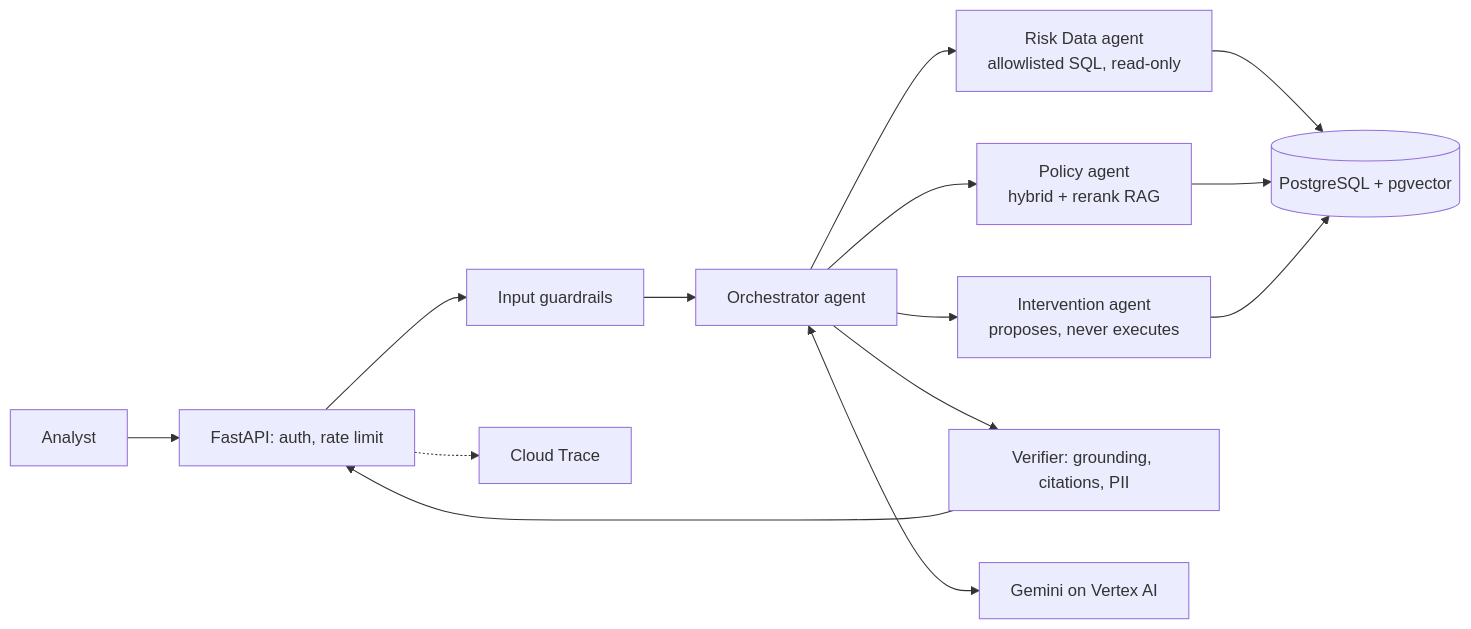
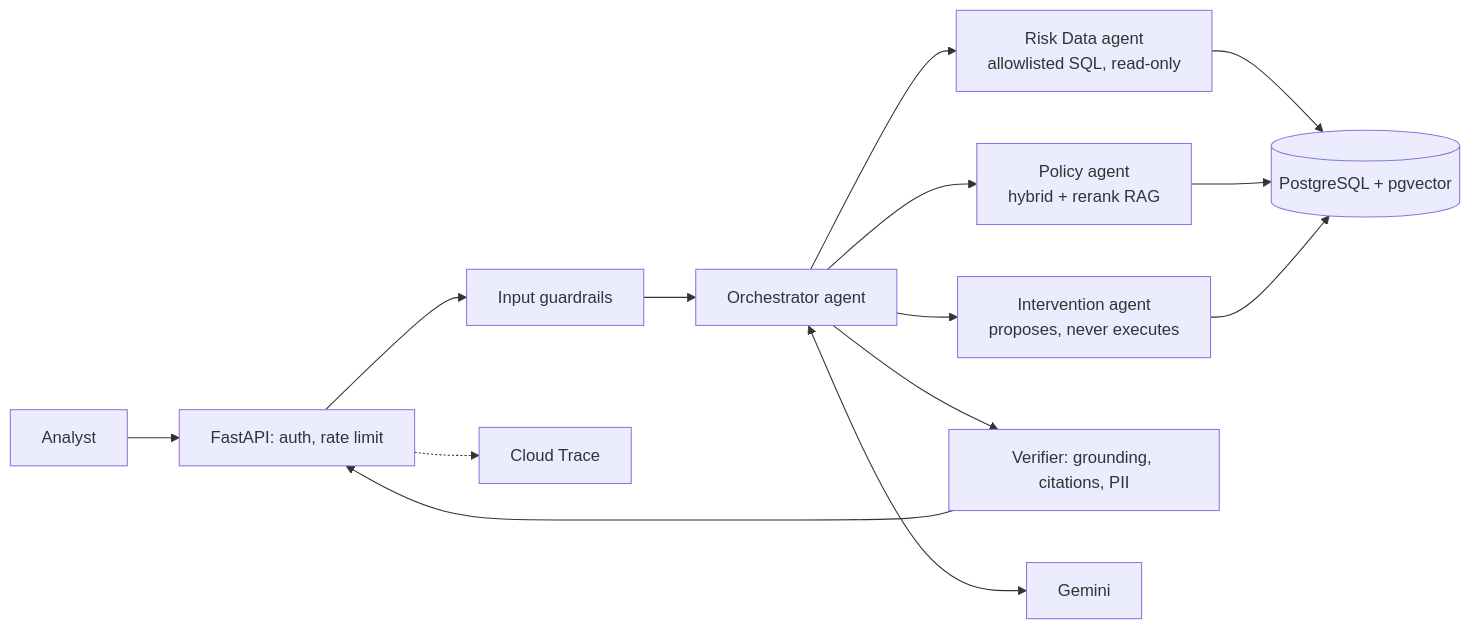
One commit to pr1t4m-d3y/Drishti changed the diagram in README.md. Above: the diagram before and after it, drawn with Mermaid. The commit also changed other lines of this file and 5 other files, not shown here.

Commit message:
docs: README, RESUME_FACTS, architecture, error analysis, field feedback and audit updated with verified results

````diff
--- a/README.md
+++ b/README.md
@@ -24,16 +26,16 @@
 ```mermaid
 flowchart LR
   U[Analyst] --> API[FastAPI: auth, rate limit]
   API --> G[Input guardrails]
   G --> O[Orchestrator agent]
   O --> R[Risk Data agent<br/>allowlisted SQL, read-only]
   O --> P[Policy agent<br/>hybrid + rerank RAG]
   O --> I[Intervention agent<br/>proposes, never executes]
   R --> DB[(PostgreSQL + pgvector)]
   P --> DB
   I --> DB
   O --> V[Verifier: grounding, citations, PII]
   V --> API
-  O <--> LLM[Gemini on Vertex AI]
+  O <--> LLM[Gemini]
   API -.-> T[Cloud Trace]
 ```
````
